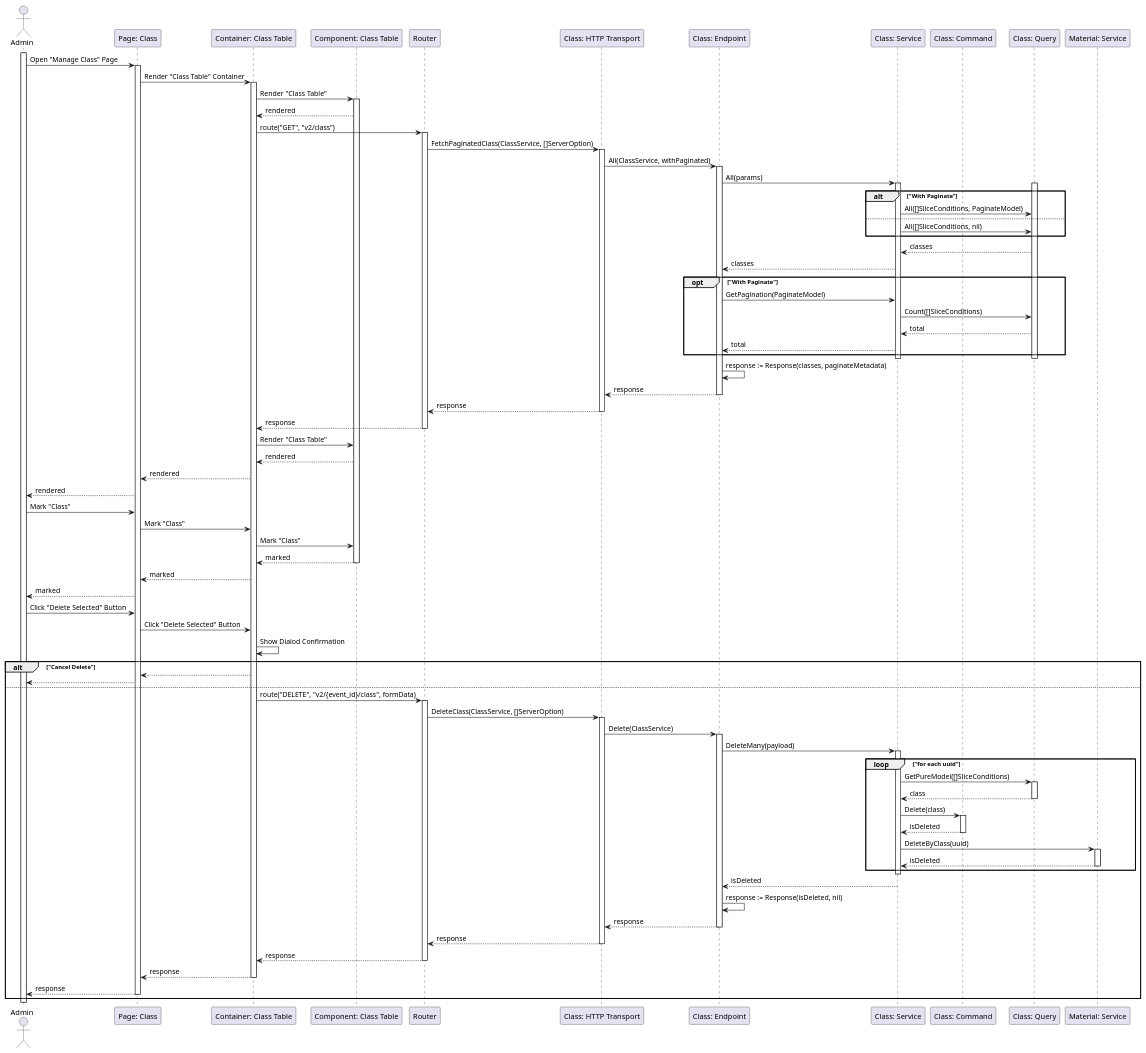
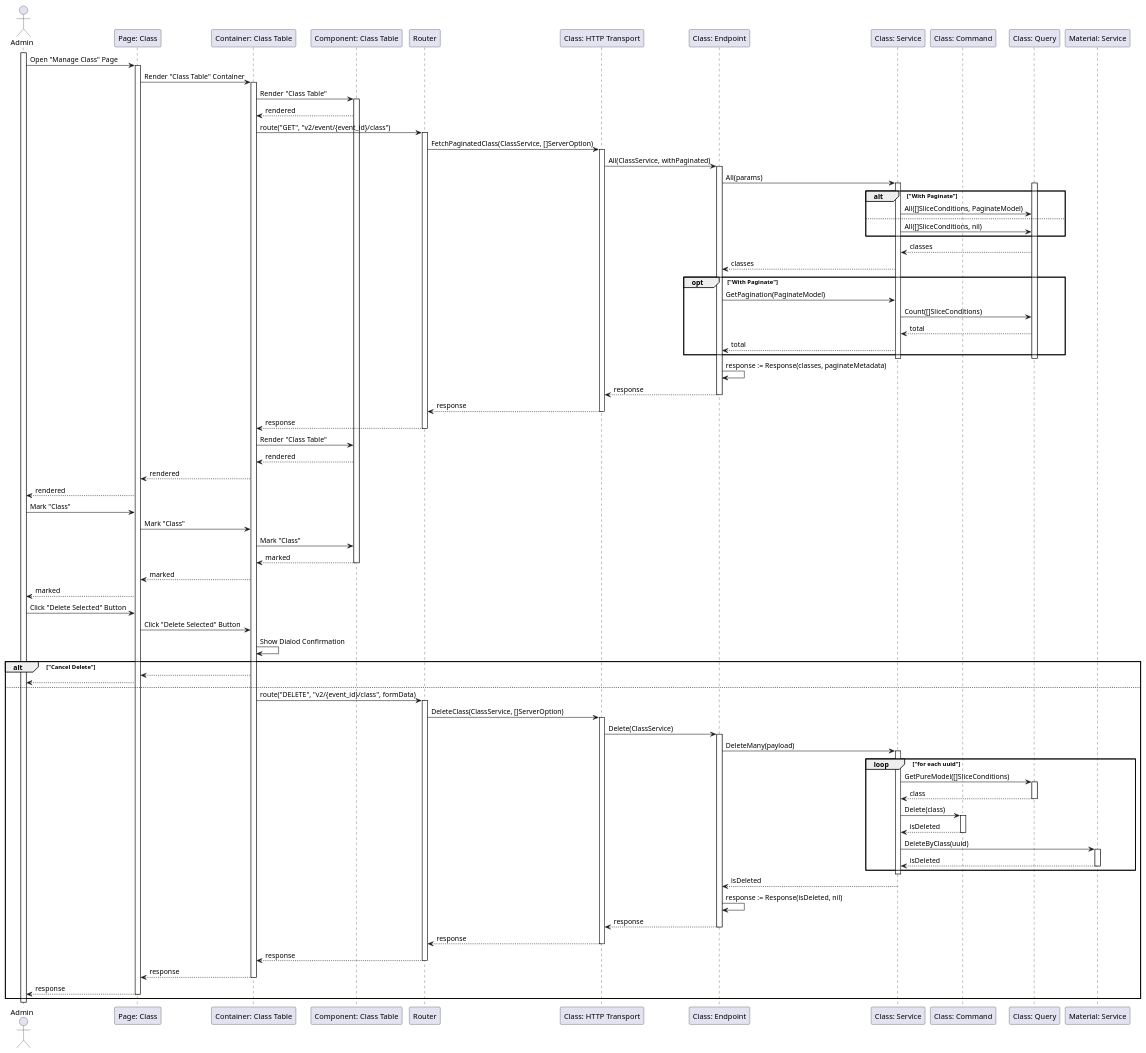
One commit to fwidjaya20/fazzlearning-uml changed the diagram in Sequance/Release01/DeleteClass.wsd. Above: the diagram before and after it, drawn with PlantUML. The commit also changed 7 other files, not shown here.

Commit message:
sequence: updating invalid route

```diff
--- a/Sequance/Release01/DeleteClass.wsd
+++ b/Sequance/Release01/DeleteClass.wsd
@@ -1,122 +1,122 @@
 @startuml DeleteClass
 
 actor Admin
 participant "Page: Class" as ClassPage
 participant "Container: Class Table" as ClassTableContainer
 participant "Component: Class Table" as ClassTable
 participant "Router" as Router
 participant "Class: HTTP Transport" as ClassHTTPTransport
 participant "Class: Endpoint" as ClassEndpoint
 participant "Class: Service" as ClassService
 participant "Class: Command" as ClassCommand
 participant "Class: Query" as ClassQuery
 participant "Material: Service" as MaterialService
 
 activate Admin
 
 Admin->ClassPage: Open "Manage Class" Page
 activate ClassPage
 ClassPage->ClassTableContainer: Render "Class Table" Container
 activate ClassTableContainer
 ClassTableContainer->ClassTable: Render "Class Table"
 activate ClassTable
 ClassTable-->ClassTableContainer: rendered
-ClassTableContainer->Router: route("GET", "v2/class")
+ClassTableContainer->Router: route("GET", "v2/event/{event_id}/class")
 activate Router
 Router->ClassHTTPTransport: FetchPaginatedClass(ClassService, []ServerOption)
 activate ClassHTTPTransport
 ClassHTTPTransport->ClassEndpoint: All(ClassService, withPaginated)
 activate ClassEndpoint
 ClassEndpoint->ClassService: All(params)
 
 activate ClassService
 activate ClassQuery
 alt "With Paginate"
     ClassService->ClassQuery: All([]SliceConditions, PaginateModel)
 else
     ClassService->ClassQuery: All([]SliceConditions, nil)
 end
 ClassQuery-->ClassService: classes
 ClassService-->ClassEndpoint: classes
 
 opt "With Paginate"
     ClassEndpoint->ClassService: GetPagination(PaginateModel)
     ClassService->ClassQuery: Count([]SliceConditions)
     ClassQuery-->ClassService: total
     ClassService-->ClassEndpoint: total
 end
 deactivate ClassQuery
 deactivate ClassService
 
 ClassEndpoint->ClassEndpoint: response := Response(classes, paginateMetadata)
 ClassEndpoint-->ClassHTTPTransport: response
 deactivate ClassEndpoint
 ClassHTTPTransport-->Router: response
 deactivate ClassHTTPTransport
 Router-->ClassTableContainer: response
 deactivate Router
 ClassTableContainer->ClassTable: Render "Class Table"
 ClassTable-->ClassTableContainer: rendered
 ClassTableContainer-->ClassPage: rendered
 ClassPage-->Admin: rendered
 
 Admin->ClassPage: Mark "Class"
 ClassPage->ClassTableContainer: Mark "Class"
 ClassTableContainer->ClassTable: Mark "Class"
 ClassTable-->ClassTableContainer: marked
 deactivate ClassTable
 ClassTableContainer-->ClassPage: marked
 ClassPage-->Admin: marked
 
 Admin->ClassPage: Click "Delete Selected" Button
 ClassPage->ClassTableContainer: Click "Delete Selected" Button
 ClassTableContainer->ClassTableContainer: Show Dialod Confirmation
 
 alt "Cancel Delete"
     ClassTableContainer-->ClassPage
     ClassPage-->Admin
 else
     ClassTableContainer->Router: route("DELETE", "v2/{event_id}/class", formData)
     activate Router
     Router->ClassHTTPTransport: DeleteClass(ClassService, []ServerOption)
     activate ClassHTTPTransport
     ClassHTTPTransport->ClassEndpoint: Delete(ClassService)
     activate ClassEndpoint
     ClassEndpoint->ClassService: DeleteMany(payload)
 
     activate ClassService
     loop "for each uuid"
         ClassService->ClassQuery: GetPureModel([]SliceConditions)
         activate ClassQuery
         ClassQuery-->ClassService: class
         deactivate ClassQuery
 
         ClassService->ClassCommand: Delete(class)
         activate ClassCommand
         ClassCommand-->ClassService: isDeleted
         deactivate ClassCommand
 
         ClassService->MaterialService: DeleteByClass(uuid)
         activate MaterialService
         MaterialService-->ClassService: isDeleted
         deactivate MaterialService
     end
     deactivate ClassService
     
     ClassService-->ClassEndpoint: isDeleted
     ClassEndpoint->ClassEndpoint: response := Response(isDeleted, nil)
     ClassEndpoint-->ClassHTTPTransport: response
     deactivate ClassEndpoint
     ClassHTTPTransport-->Router: response
     deactivate ClassHTTPTransport
     Router-->ClassTableContainer: response
     deactivate Router
     ClassTableContainer-->ClassPage: response
     deactivate ClassTableContainer
     ClassPage-->Admin: response
     deactivate ClassPage
 end
 
 deactivate Admin
 
 @enduml
```
